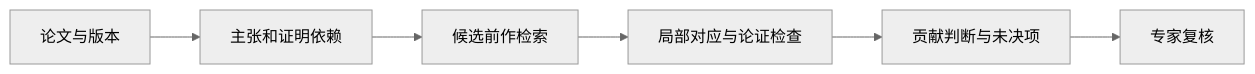
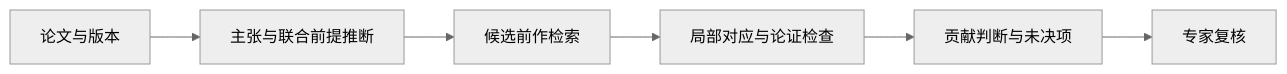
One commit to LuxLiang/ai-for-math-overview changed the diagram in README.md. Above: the diagram before and after it, drawn with Mermaid (neutral theme). The commit also changed other lines of this file and 14 other files, not shown here.

````diff
--- a/README.md
+++ b/README.md
@@ -58,8 +62,8 @@
 ```mermaid
 flowchart LR
-    A[论文与版本] --> B[主张和证明依赖]
+    A[论文与版本] --> B[主张与联合前提推断]
     B --> C[候选前作检索]
     C --> D[局部对应与论证检查]
     D --> E[贡献判断与未决项]
     E --> F[专家复核]
 ```
````
